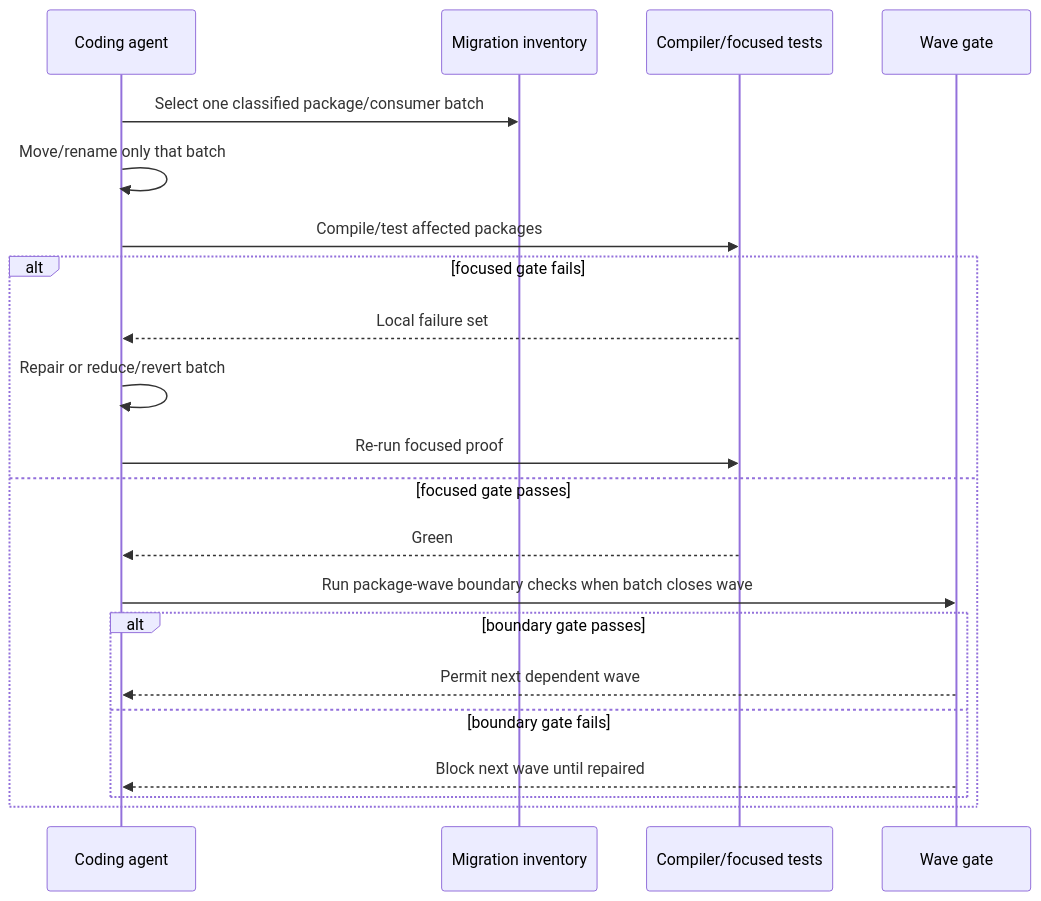
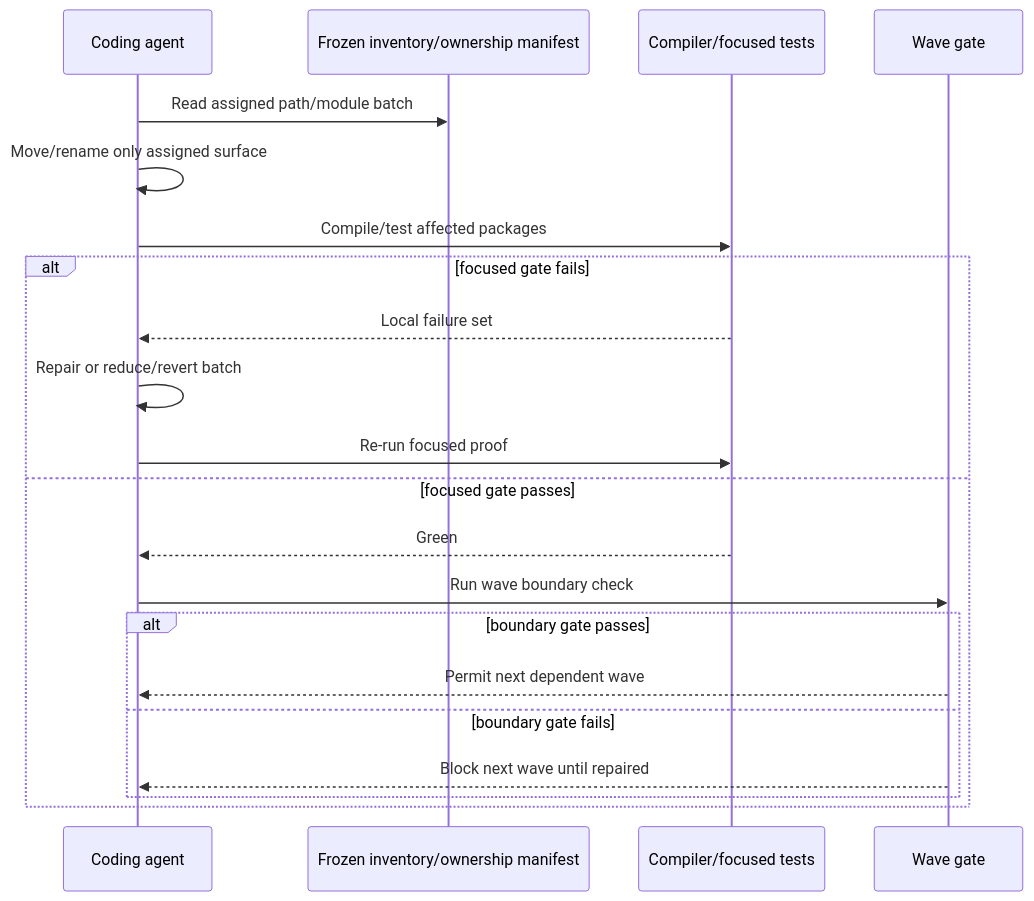
One commit to matdev83/go-llm-interactive-proxy changed the second of 5 diagrams in .kiro/specs/aiproxer-complete-rebranding/design.md. Above: the diagram before and after it, drawn with Mermaid. The commit also changed other lines of this file, not shown here.

````diff
--- a/.kiro/specs/aiproxer-complete-rebranding/design.md
+++ b/.kiro/specs/aiproxer-complete-rebranding/design.md
@@ -352,24 +453,24 @@
 ```mermaid
 sequenceDiagram
     participant A as Coding agent
-    participant I as Migration inventory
+    participant I as Frozen inventory/ownership manifest
     participant C as Compiler/focused tests
     participant G as Wave gate
 
-    A->>I: Select one classified package/consumer batch
-    A->>A: Move/rename only that batch
+    A->>I: Read assigned path/module batch
+    A->>A: Move/rename only assigned surface
     A->>C: Compile/test affected packages
     alt focused gate fails
         C-->>A: Local failure set
         A->>A: Repair or reduce/revert batch
         A->>C: Re-run focused proof
     else focused gate passes
         C-->>A: Green
-        A->>G: Run package-wave boundary checks when batch closes wave
+        A->>G: Run wave boundary check
         alt boundary gate passes
             G-->>A: Permit next dependent wave
         else boundary gate fails
             G-->>A: Block next wave until repaired
         end
     end
 ```
````
